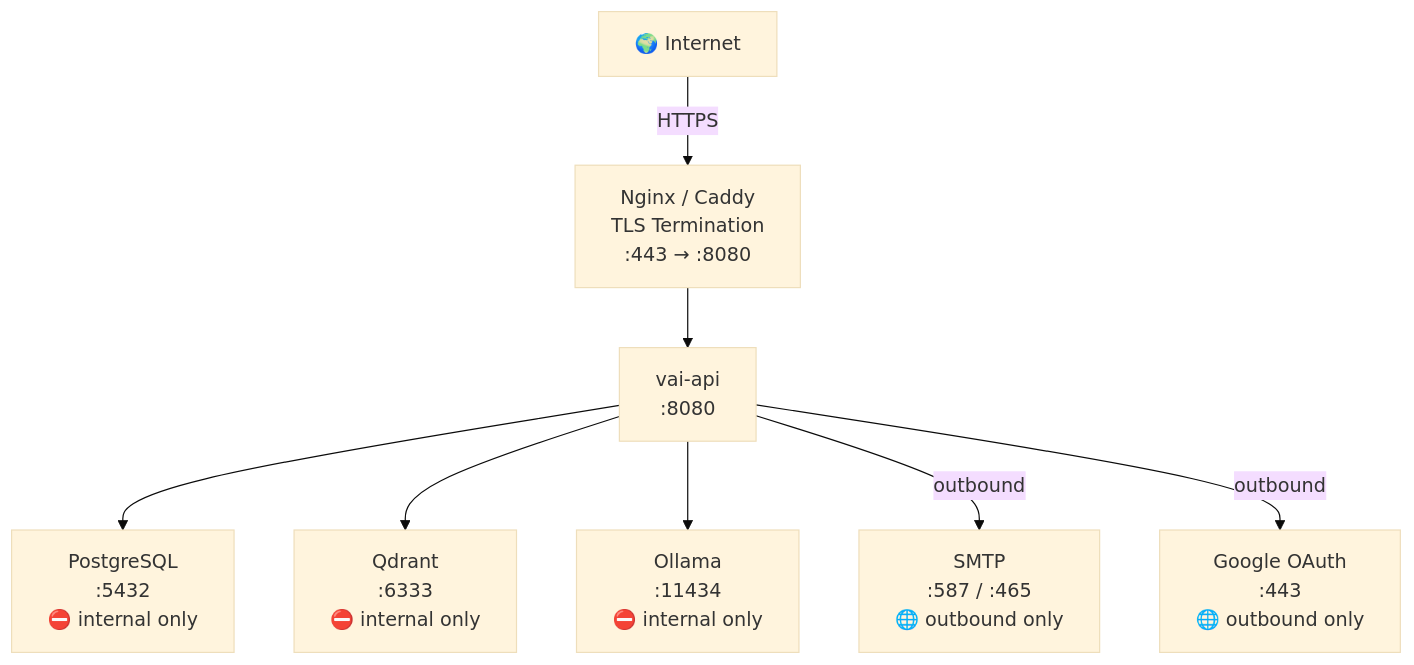
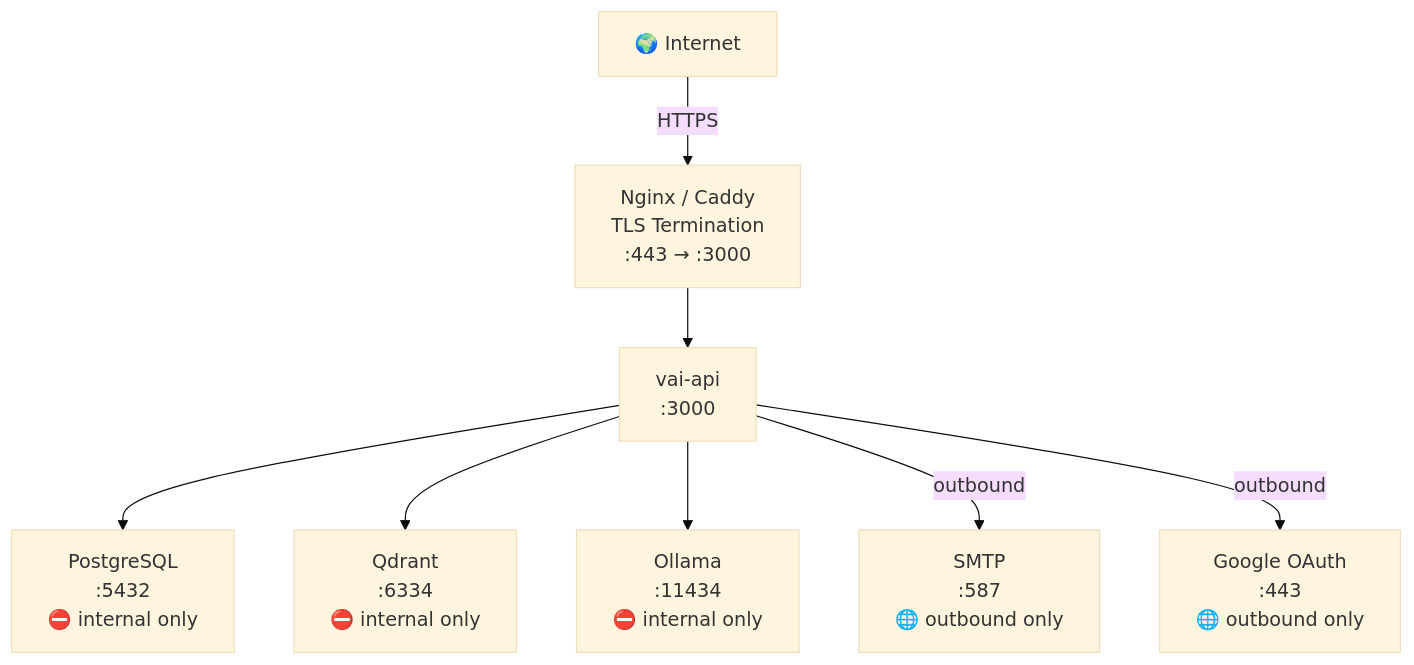
One commit to ABDELRAHMAN-ELRAYES/Vai changed the seventh of 8 diagrams in docs/diagrams/Architecture_Diagram.md. Above: the diagram before and after it, drawn with Mermaid (base theme). The commit also changed other lines of this file and 14 other files, not shown here.

````diff
--- a/docs/diagrams/Architecture_Diagram.md
+++ b/docs/diagrams/Architecture_Diagram.md
@@ -220,19 +210,19 @@
 ```mermaid
 graph TD
     Internet["🌍 Internet"]
-    Nginx["Nginx / Caddy\nTLS Termination\n:443 → :8080"]
-    API["vai-api\n:8080"]
+    Nginx["Nginx / Caddy\nTLS Termination\n:443 → :3000"]
+    API["vai-api\n:3000"]
     PG["PostgreSQL\n:5432\n⛔ internal only"]
-    QD["Qdrant\n:6333\n⛔ internal only"]
+    QD["Qdrant\n:6334\n⛔ internal only"]
     OL["Ollama\n:11434\n⛔ internal only"]
-    SMTP["SMTP\n:587 / :465\n🌐 outbound only"]
+    SMTP["SMTP\n:587\n🌐 outbound only"]
     Google["Google OAuth\n:443\n🌐 outbound only"]
 
     Internet -->|HTTPS| Nginx
     Nginx --> API
     API --> PG
     API --> QD
     API --> OL
     API -->|outbound| SMTP
     API -->|outbound| Google
 ```
````
